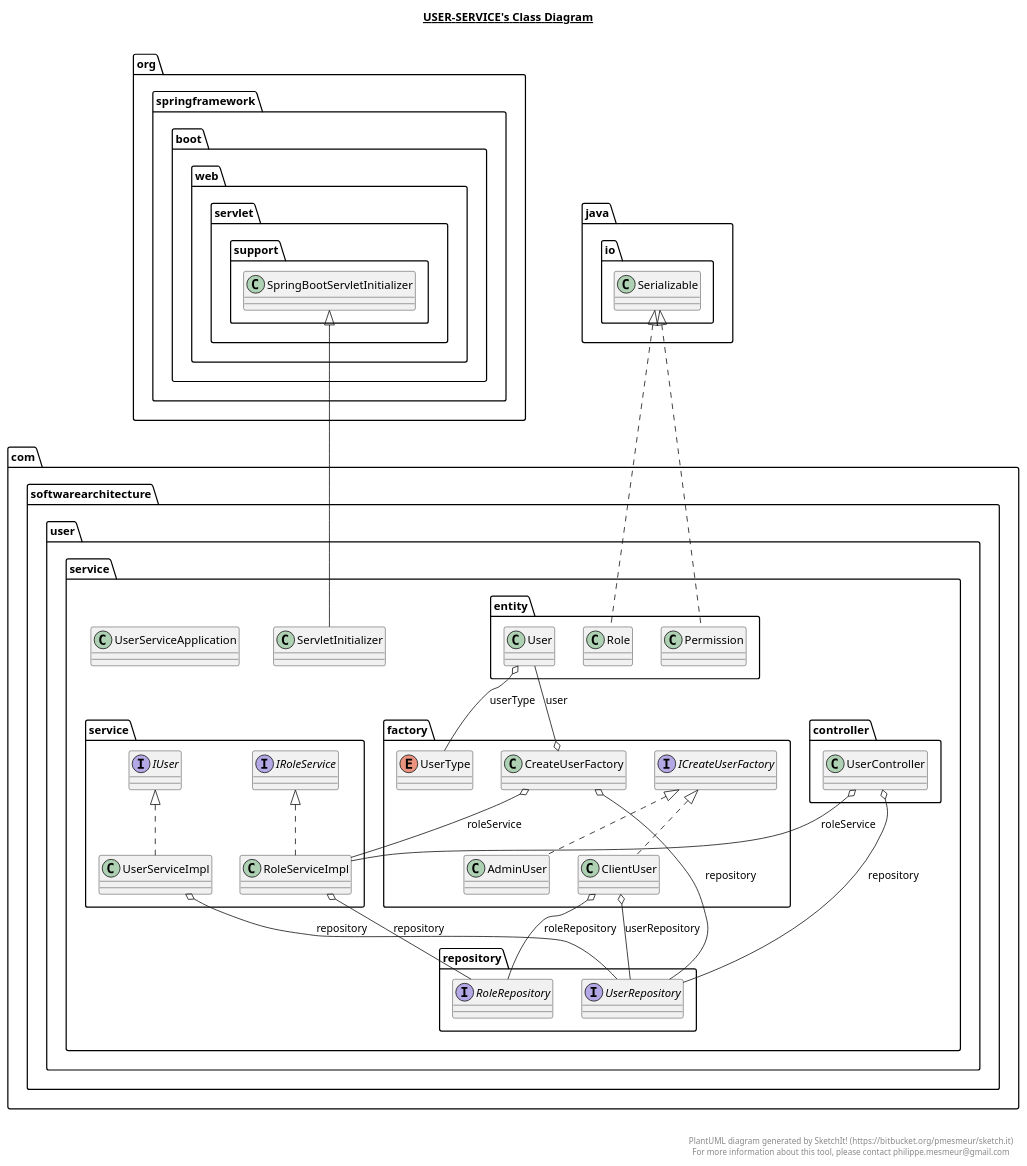
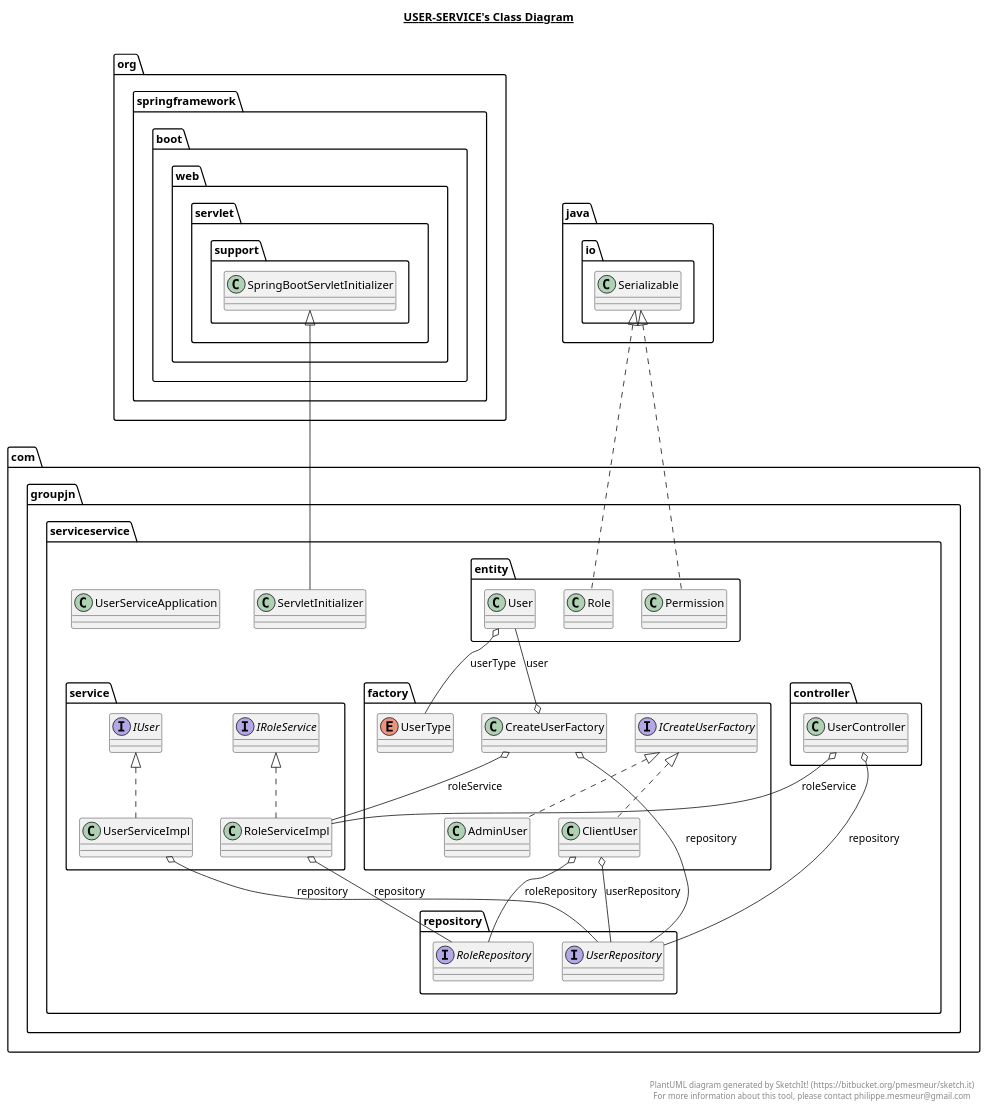
The diagram in user-service/user-service.plantuml (Software-Architecture-CS5722-Group/E-commerce), drawn with PlantUML before and after one commit. The commit also changed 315 other files, not shown here.

```diff
--- a/user-service/user-service.plantuml
+++ b/user-service/user-service.plantuml
@@ -1,163 +1,163 @@
 @startuml
 
 title __USER-SERVICE's Class Diagram__\n
 
-  namespace com.softwarearchitecture.user.service {
-    class com.softwarearchitecture.user.service.ServletInitializer {
+  namespace com.groupjn.serviceservice {
+    class com.groupjn.serviceservice.ServletInitializer {
     }
   }
   
 
-  namespace com.softwarearchitecture.user.service {
-    class com.softwarearchitecture.user.service.UserServiceApplication {
+  namespace com.groupjn.serviceservice {
+    class com.groupjn.serviceservice.UserServiceApplication {
     }
   }
   
 
-  namespace com.softwarearchitecture.user.service {
+  namespace com.groupjn.serviceservice {
     namespace controller {
-      class com.softwarearchitecture.user.service.controller.UserController {
+      class UserController {
       }
     }
   }
   
 
-  namespace com.softwarearchitecture.user.service {
+  namespace com.groupjn.serviceservice {
     namespace entity {
-      class com.softwarearchitecture.user.service.entity.Permission {
+      class Permission {
       }
     }
   }
   
 
-  namespace com.softwarearchitecture.user.service {
+  namespace com.groupjn.serviceservice {
     namespace entity {
-      class com.softwarearchitecture.user.service.entity.Role {
+      class Role {
       }
     }
   }
   
 
-  namespace com.softwarearchitecture.user.service {
+  namespace com.groupjn.serviceservice {
     namespace entity {
-      class com.softwarearchitecture.user.service.entity.User {
+      class User {
       }
     }
   }
   
 
-  namespace com.softwarearchitecture.user.service {
+  namespace com.groupjn.serviceservice {
     namespace factory {
-      class com.softwarearchitecture.user.service.factory.AdminUser {
+      class AdminUser {
       }
     }
   }
   
 
-  namespace com.softwarearchitecture.user.service {
+  namespace com.groupjn.serviceservice {
     namespace factory {
-      class com.softwarearchitecture.user.service.factory.ClientUser {
+      class ClientUser {
       }
     }
   }
   
 
-  namespace com.softwarearchitecture.user.service {
+  namespace com.groupjn.serviceservice {
     namespace factory {
-      class com.softwarearchitecture.user.service.factory.CreateUserFactory {
+      class CreateUserFactory {
       }
     }
   }
   
 
-  namespace com.softwarearchitecture.user.service {
+  namespace com.groupjn.serviceservice {
     namespace factory {
-      interface com.softwarearchitecture.user.service.factory.ICreateUserFactory {
+      interface ICreateUserFactory {
       }
     }
   }
   
 
-  namespace com.softwarearchitecture.user.service {
+  namespace com.groupjn.serviceservice {
     namespace factory {
       enum UserType {
       }
     }
   }
   
 
-  namespace com.softwarearchitecture.user.service {
+  namespace com.groupjn.serviceservice {
     namespace repository {
-      interface com.softwarearchitecture.user.service.repository.RoleRepository {
+      interface RoleRepository {
       }
     }
   }
   
 
-  namespace com.softwarearchitecture.user.service {
+  namespace com.groupjn.serviceservice {
     namespace repository {
-      interface com.softwarearchitecture.user.service.repository.UserRepository {
+      interface UserRepository {
       }
     }
   }
   
 
-  namespace com.softwarearchitecture.user.service {
+  namespace com.groupjn.serviceservice {
     namespace service {
-      interface com.softwarearchitecture.user.service.service.IRoleService {
+      interface IRoleService {
       }
     }
   }
   
 
-  namespace com.softwarearchitecture.user.service {
+  namespace com.groupjn.serviceservice {
     namespace service {
-      interface com.softwarearchitecture.user.service.service.IUser {
+      interface IUser {
       }
     }
   }
   
 
-  namespace com.softwarearchitecture.user.service {
+  namespace com.groupjn.serviceservice {
     namespace service {
-      class com.softwarearchitecture.user.service.service.RoleServiceImpl {
+      class RoleServiceImpl {
       }
     }
   }
   
 
-  namespace com.softwarearchitecture.user.service {
+  namespace com.groupjn.serviceservice {
     namespace service {
-      class com.softwarearchitecture.user.service.service.UserServiceImpl {
+      class UserServiceImpl {
       }
     }
   }
   
 
-  com.softwarearchitecture.user.service.ServletInitializer -up-|> org.springframework.boot.web.servlet.support.SpringBootServletInitializer
-  com.softwarearchitecture.user.service.controller.UserController o-- com.softwarearchitecture.user.service.repository.UserRepository : repository
-  com.softwarearchitecture.user.service.controller.UserController o-- com.softwarearchitecture.user.service.service.RoleServiceImpl : roleService
-  com.softwarearchitecture.user.service.entity.Permission .up.|> java.io.Serializable
-  com.softwarearchitecture.user.service.entity.Role .up.|> java.io.Serializable
-  com.softwarearchitecture.user.service.entity.User o-- com.softwarearchitecture.user.service.factory.UserType : userType
-  com.softwarearchitecture.user.service.factory.AdminUser .up.|> com.softwarearchitecture.user.service.factory.ICreateUserFactory
-  com.softwarearchitecture.user.service.factory.ClientUser .up.|> com.softwarearchitecture.user.service.factory.ICreateUserFactory
-  com.softwarearchitecture.user.service.factory.ClientUser o-- com.softwarearchitecture.user.service.repository.RoleRepository : roleRepository
-  com.softwarearchitecture.user.service.factory.ClientUser o-- com.softwarearchitecture.user.service.repository.UserRepository : userRepository
-  com.softwarearchitecture.user.service.factory.CreateUserFactory o-- com.softwarearchitecture.user.service.repository.UserRepository : repository
-  com.softwarearchitecture.user.service.factory.CreateUserFactory o-- com.softwarearchitecture.user.service.service.RoleServiceImpl : roleService
-  com.softwarearchitecture.user.service.factory.CreateUserFactory o-- com.softwarearchitecture.user.service.entity.User : user
-  com.softwarearchitecture.user.service.service.RoleServiceImpl .up.|> com.softwarearchitecture.user.service.service.IRoleService
-  com.softwarearchitecture.user.service.service.RoleServiceImpl o-- com.softwarearchitecture.user.service.repository.RoleRepository : repository
-  com.softwarearchitecture.user.service.service.UserServiceImpl .up.|> com.softwarearchitecture.user.service.service.IUser
-  com.softwarearchitecture.user.service.service.UserServiceImpl o-- com.softwarearchitecture.user.service.repository.UserRepository : repository
+  com.groupjn.serviceservice.ServletInitializer -up-|> org.springframework.boot.web.servlet.support.SpringBootServletInitializer
+  UserController o-- UserRepository : repository
+  UserController o-- RoleServiceImpl : roleService
+  Permission .up.|> java.io.Serializable
+  Role .up.|> java.io.Serializable
+  User o-- UserType : userType
+  AdminUser .up.|> ICreateUserFactory
+  ClientUser .up.|> ICreateUserFactory
+  ClientUser o-- RoleRepository : roleRepository
+  ClientUser o-- UserRepository : userRepository
+  CreateUserFactory o-- UserRepository : repository
+  CreateUserFactory o-- RoleServiceImpl : roleService
+  CreateUserFactory o-- User : user
+  RoleServiceImpl .up.|> IRoleService
+  RoleServiceImpl o-- RoleRepository : repository
+  UserServiceImpl .up.|> IUser
+  UserServiceImpl o-- UserRepository : repository
 
 
 right footer
 
 
 PlantUML diagram generated by SketchIt! (https://bitbucket.org/pmesmeur/sketch.it)
 For more information about this tool, please contact philippe.mesmeur@gmail.com
 endfooter
 
 @enduml
```
